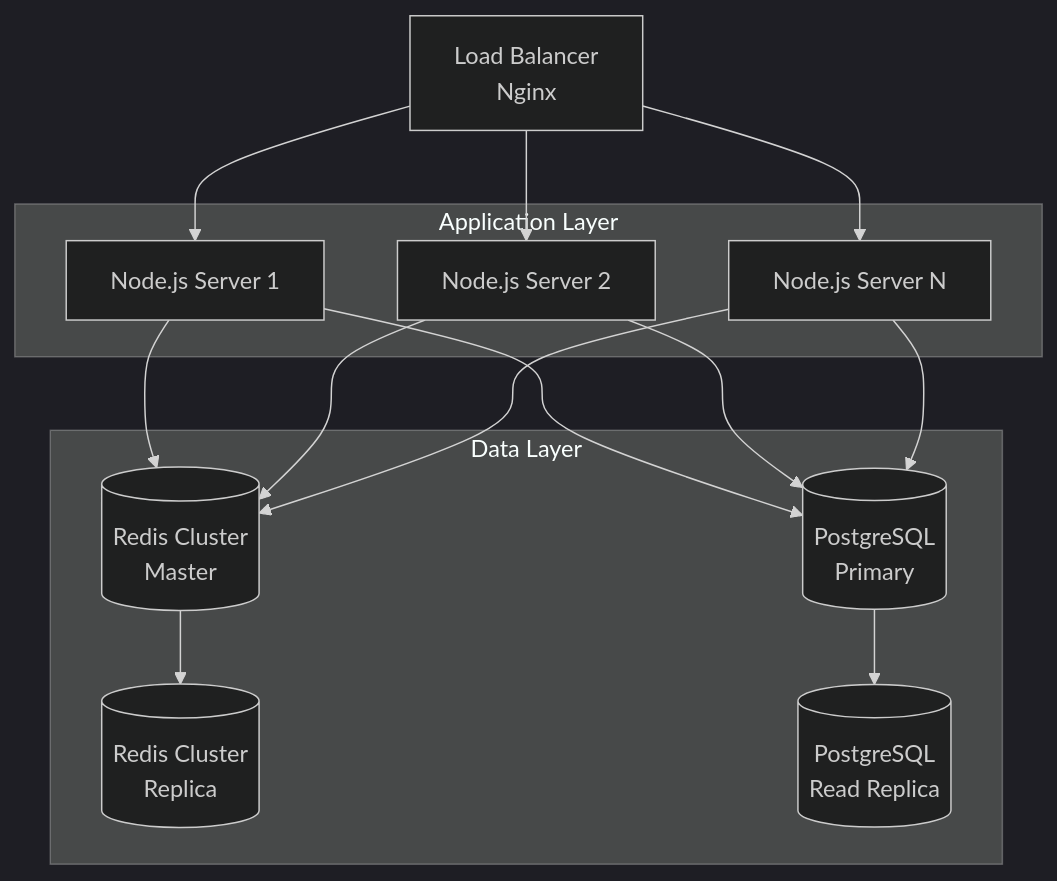
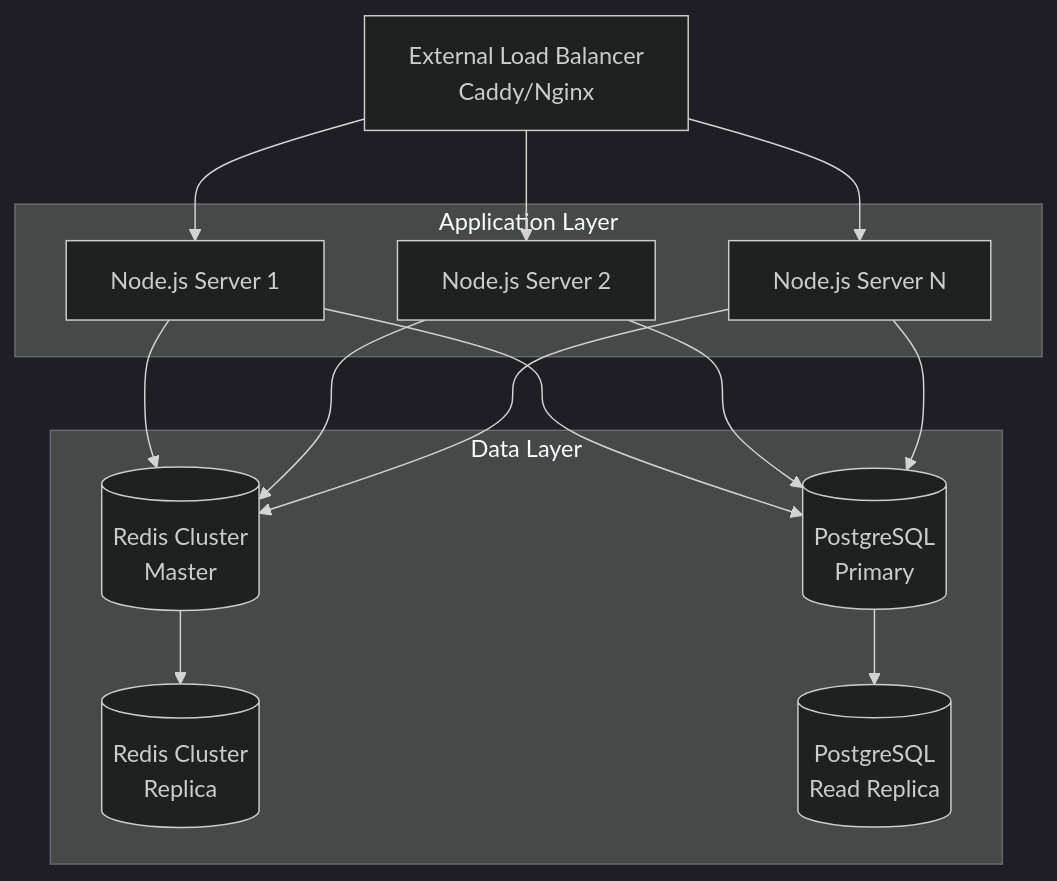
The second of 2 diagrams in docs/tech-stack.md (alexmakeev/bomberman), drawn with Mermaid (dark theme) before and after one commit. The commit also changed other lines of this file and 2 other files, not shown here.

First line of the commit message:
Update tech stack documentation - remove Nginx references

````diff
--- a/docs/tech-stack.md
+++ b/docs/tech-stack.md
@@ -378,33 +377,33 @@
 ```mermaid
 graph TB
-    LB[Load Balancer<br/>Nginx]
+    LB[External Load Balancer<br/>Caddy/Nginx]
     
     subgraph "Application Layer"
         App1[Node.js Server 1]
         App2[Node.js Server 2]
         App3[Node.js Server N]
     end
     
     subgraph "Data Layer"
         Redis1[(Redis Cluster<br/>Master)]
         Redis2[(Redis Cluster<br/>Replica)]
         PG1[(PostgreSQL<br/>Primary)]
         PG2[(PostgreSQL<br/>Read Replica)]
     end
     
     LB --> App1
     LB --> App2
     LB --> App3
     
     App1 --> Redis1
     App2 --> Redis1
     App3 --> Redis1
     
     Redis1 --> Redis2
     
     App1 --> PG1
     App2 --> PG1
     App3 --> PG1
     
     PG1 --> PG2
 ```
````
